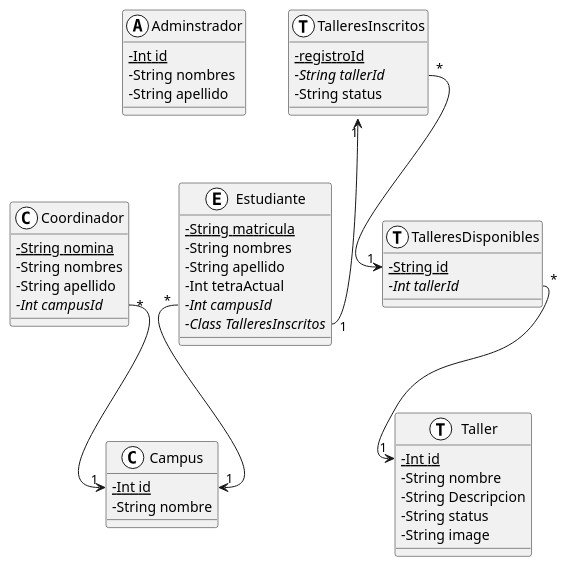
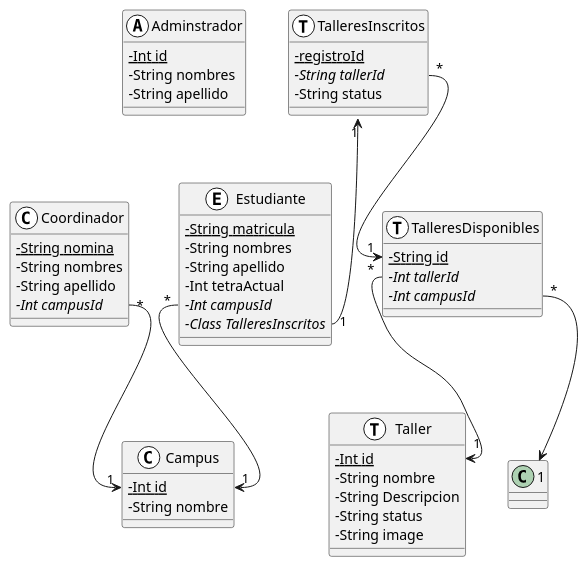
The diagram in Reto/Base de datos.md (facund015/codeRelatedObsidianNotes), drawn with PlantUML before and after one commit.

Commit message:
vault backup: 2021-10-12 12:49:25

````diff
--- a/Reto/Base de datos.md
+++ b/Reto/Base de datos.md
@@ -2,61 +2,63 @@
 ```plantuml
 @startuml
 skinparam classAttributeIconSize 0
 
 class Adminstrador <<(A,white)>> {
 	{static} -Int id
 	-String nombres
 	-String apellido
 }
 
 class Estudiante <<(E,white)>> {
 	{static} - String matricula
 	-String nombres
 	-String apellido
 	-Int tetraActual
 	{abstract} -Int campusId
 	{abstract} -Class TalleresInscritos
 }
 
 class Campus <<(C,white)>> {
 	{static} -Int id
 	-String nombre
 }
 
 class TalleresInscritos <<(T,white)>> {
 	{static} -registroId 
 	{abstract} -String tallerId
 	-String status
 }
 
 class Coordinador <<(C,white)>> {
 	{static} -String nomina
 	-String nombres
 	-String apellido
 	{abstract} -Int campusId
 }
 
 class Taller <<(T,white)>> {
     {static} -Int id 
     - String nombre
 	- String Descripcion
     - String status
     - String image
 }
 
 class TalleresDisponibles <<(T, white)>> {
 	{static} -String id
 	{abstract} -Int tallerId
+	{abstract} -Int campusId
 }
 
 
 
 
 TalleresInscritos "1" <-- "1" Estudiante::TalleresInscritos
 TalleresInscritos::tallerId "*" --> "1" TalleresDisponibles::id
 TalleresDisponibles::tallerId "*" --> "1" Taller::id
+ TalleresDisponibles::campusId "*" --> "1" 
 Estudiante::campusId "*" --> "1" Campus::id
 Coordinador::campusId "*" --> "1" Campus::id 
 
 @enduml
 ```
````
